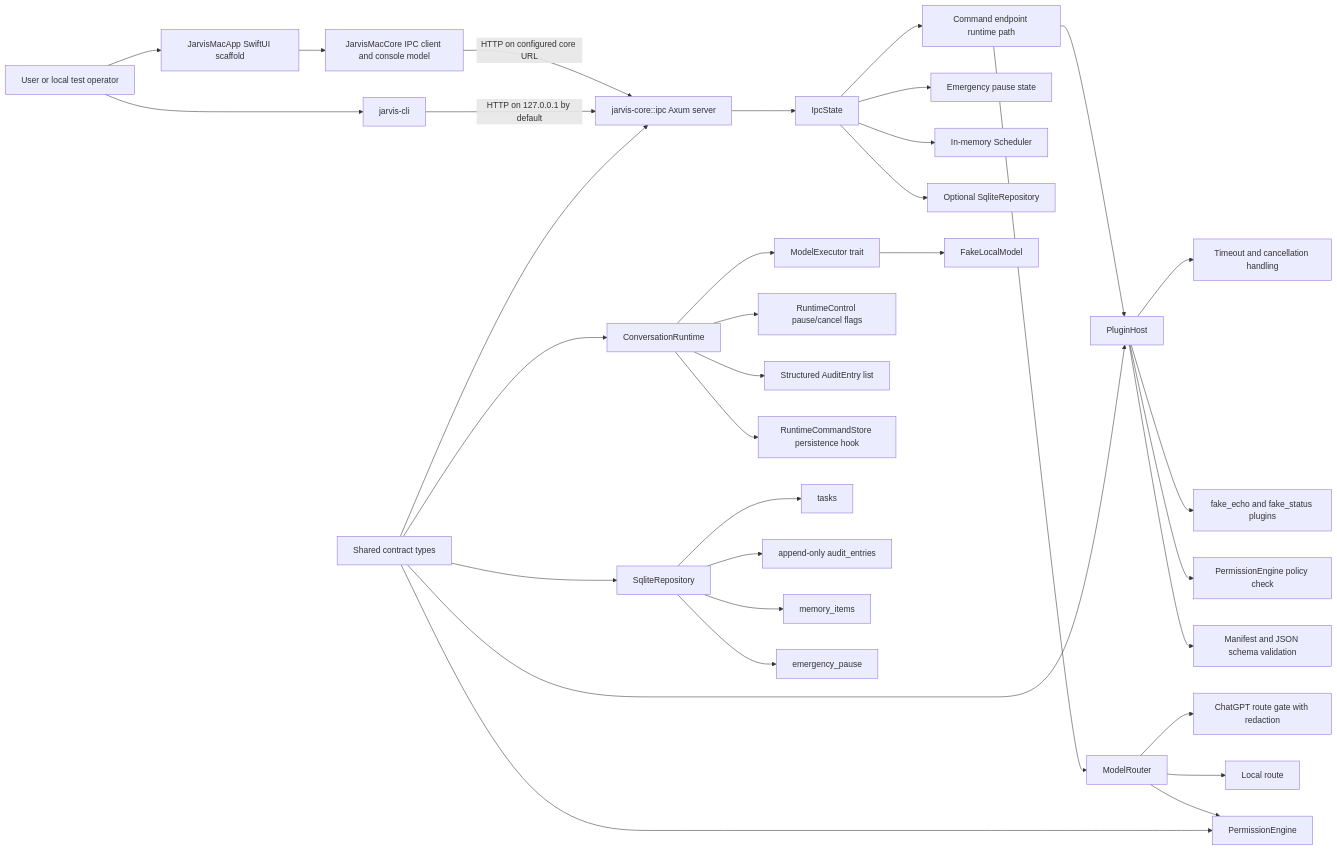
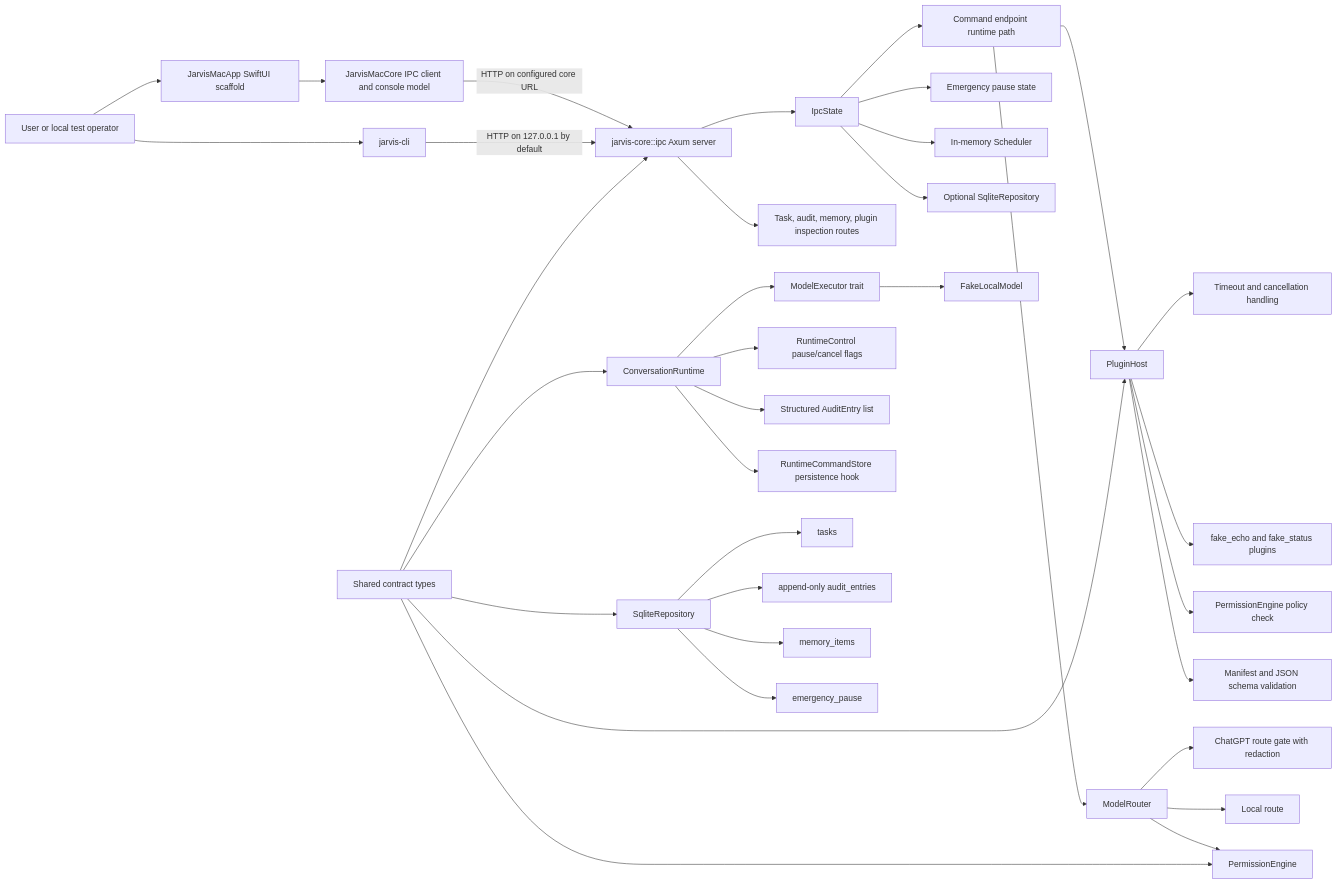
Before and after one commit to malak333/Assemblywright: the first of 4 diagrams in docs/architecture-map.md, drawn with Mermaid. The commit also changed other lines of this file and 7 other files, not shown here.

Commit message:
Expose state inspection IPC surfaces

````diff
--- a/docs/architecture-map.md
+++ b/docs/architecture-map.md
@@ -11,42 +11,43 @@
 ```mermaid
 flowchart LR
     User["User or local test operator"] --> CLI["jarvis-cli"]
     User --> MacShell["JarvisMacApp SwiftUI scaffold"]
     MacShell --> MacCore["JarvisMacCore IPC client and console model"]
     MacCore -->|HTTP on configured core URL| IPC
     CLI -->|HTTP on 127.0.0.1 by default| IPC["jarvis-core::ipc Axum server"]
 
     IPC --> IpcState["IpcState"]
+    IPC --> Inspection["Task, audit, memory, plugin inspection routes"]
     IpcState --> RuntimePath["Command endpoint runtime path"]
     IpcState --> Pause["Emergency pause state"]
     IpcState --> Scheduler["In-memory Scheduler"]
     IpcState --> RepoState["Optional SqliteRepository"]
     RuntimePath --> Router
     RuntimePath --> PluginHost
 
     Runtime["ConversationRuntime"] --> ModelExec["ModelExecutor trait"]
     ModelExec --> FakeLocal["FakeLocalModel"]
     Runtime --> RuntimeControl["RuntimeControl pause/cancel flags"]
     Runtime --> RuntimeAudit["Structured AuditEntry list"]
     Runtime --> RuntimeStore["RuntimeCommandStore persistence hook"]
 
     Router["ModelRouter"] --> Policy["PermissionEngine"]
     Router --> LocalRoute["Local route"]
     Router --> ChatGPTGate["ChatGPT route gate with redaction"]
 
     PluginHost["PluginHost"] --> ManifestValidation["Manifest and JSON schema validation"]
     PluginHost --> PluginPolicy["PermissionEngine policy check"]
     PluginHost --> FirstParty["fake_echo and fake_status plugins"]
     PluginHost --> TimeoutCancel["Timeout and cancellation handling"]
 
     Repo["SqliteRepository"] --> Tasks["tasks"]
     Repo --> Audit["append-only audit_entries"]
     Repo --> Memory["memory_items"]
     Repo --> StoredPause["emergency_pause"]
 
     Types["Shared contract types"] --> Runtime
     Types --> IPC
     Types --> Policy
     Types --> Repo
     Types --> PluginHost
 ```
````
